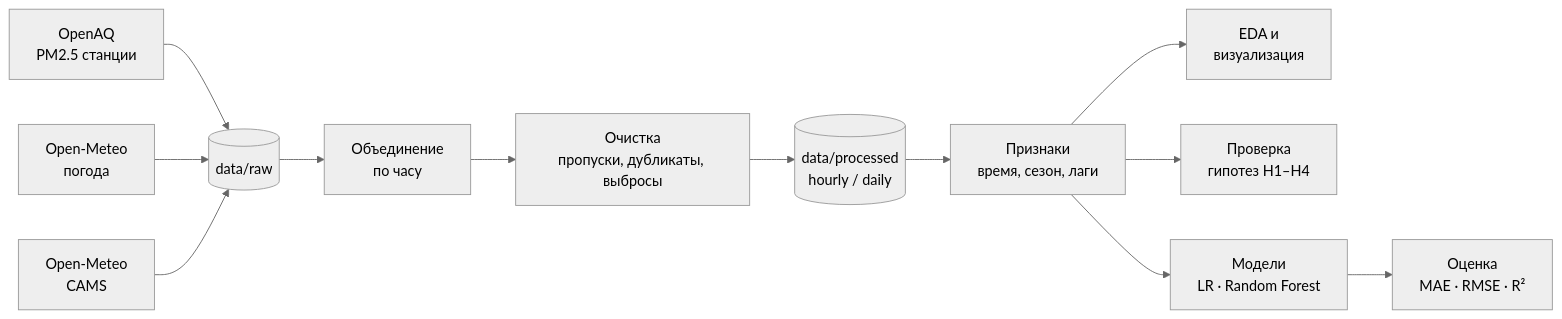
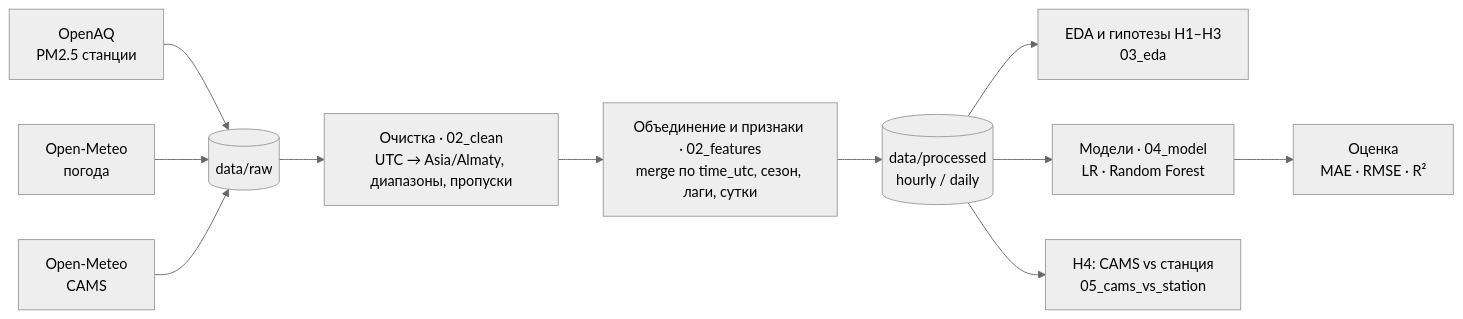
One commit to nurbolatdev/smog-almaty changed the diagram in README.md. Above: the diagram before and after it, drawn with Mermaid (neutral theme). The commit also changed other lines of this file, not shown here.

Commit message:
docs(readme): update pipeline, structure and data attribution

````diff
--- a/README.md
+++ b/README.md
@@ -64,14 +64,13 @@
 ```mermaid
 flowchart LR
     A[OpenAQ<br/>PM2.5 станции] --> R[(data/raw)]
     B[Open-Meteo<br/>погода] --> R
     C[Open-Meteo<br/>CAMS] --> R
-    R --> M[Объединение<br/>по часу]
-    M --> CL[Очистка<br/>пропуски, дубликаты, выбросы]
-    CL --> P[(data/processed<br/>hourly / daily)]
-    P --> F[Признаки<br/>время, сезон, лаги]
-    F --> E[EDA и<br/>визуализация]
-    F --> S[Проверка<br/>гипотез H1–H4]
-    F --> ML[Модели<br/>LR · Random Forest]
+    R --> CL[Очистка · 02_clean<br/>UTC → Asia/Almaty, диапазоны, пропуски]
+    CL --> MF[Объединение и признаки · 02_features<br/>merge по time_utc, сезон, лаги, сутки]
+    MF --> P[(data/processed<br/>hourly / daily)]
+    P --> E[EDA и гипотезы H1–H3<br/>03_eda]
+    P --> ML[Модели · 04_model<br/>LR · Random Forest]
     ML --> EV[Оценка<br/>MAE · RMSE · R²]
+    P --> H4[H4: CAMS vs станция<br/>05_cams_vs_station]
 ```
````
